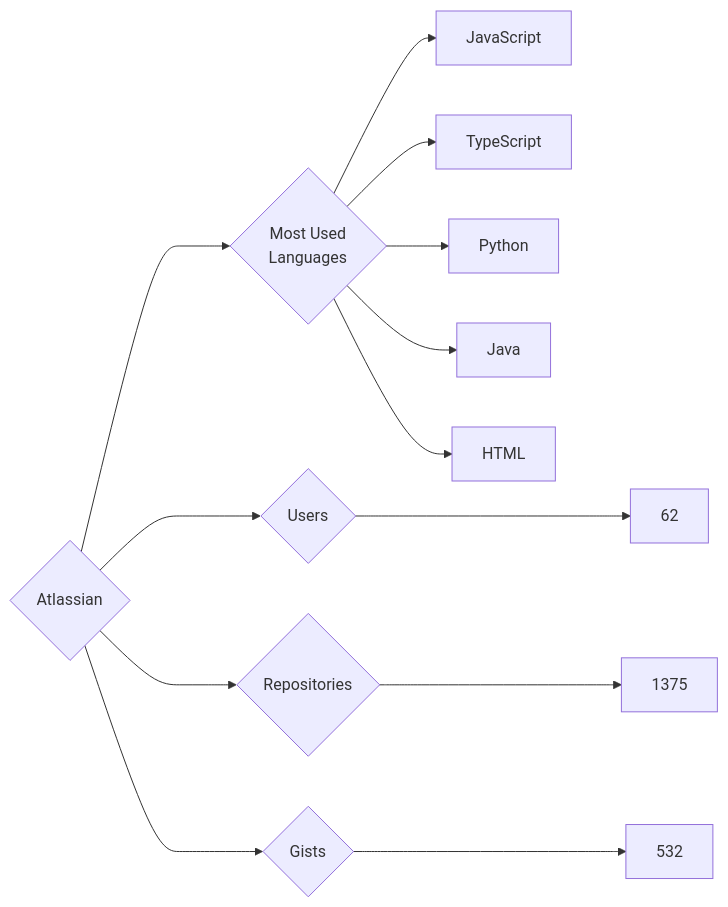
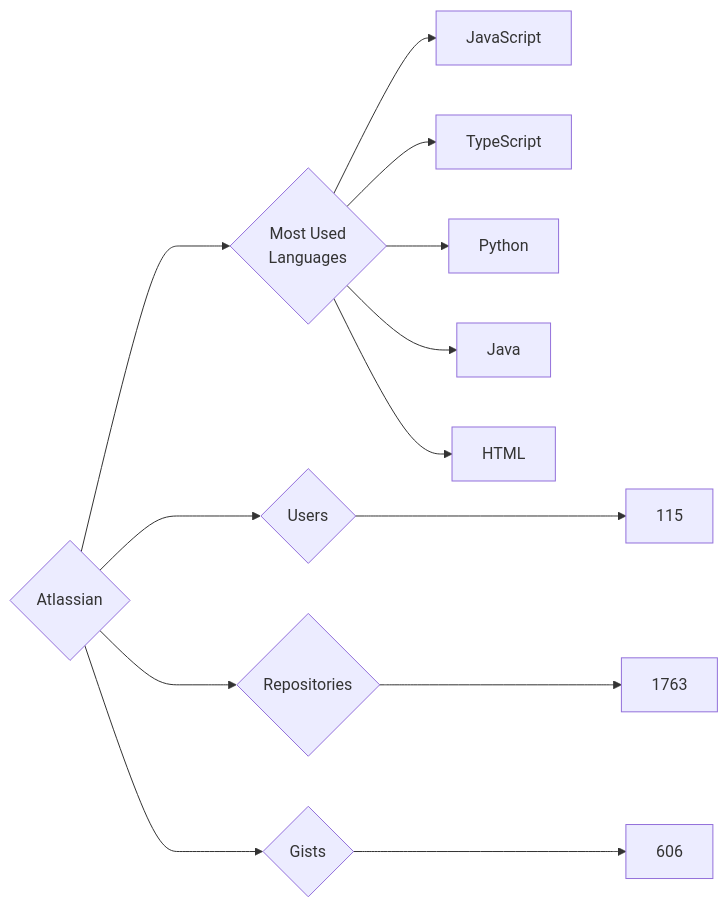
One commit to trickest/insiders changed the diagram in targets/Atlassian/README.md. Above: the diagram before and after it, drawn with Mermaid. The commit also changed 681 other files, not shown here.

````diff
--- a/targets/Atlassian/README.md
+++ b/targets/Atlassian/README.md
@@ -3,13 +3,13 @@
 ```mermaid
 graph LR
 COMPANY_NAME{Atlassian}
-COMPANY_NAME ---> U{Users} ---> UN[62]
-COMPANY_NAME ---> R{Repositories} ---> RN[1375]
-COMPANY_NAME ---> G{Gists} ---> GN[532]
+COMPANY_NAME ---> U{Users} ---> UN[115]
+COMPANY_NAME ---> R{Repositories} ---> RN[1763]
+COMPANY_NAME ---> G{Gists} ---> GN[606]
 COMPANY_NAME ---> ML{Most Used<br>Languages}
 ML --> JavaScript[JavaScript]
 ML --> TypeScript[TypeScript]
 ML --> Python[Python]
 ML --> Java[Java]
 ML --> HTML[HTML]
 ```
````
